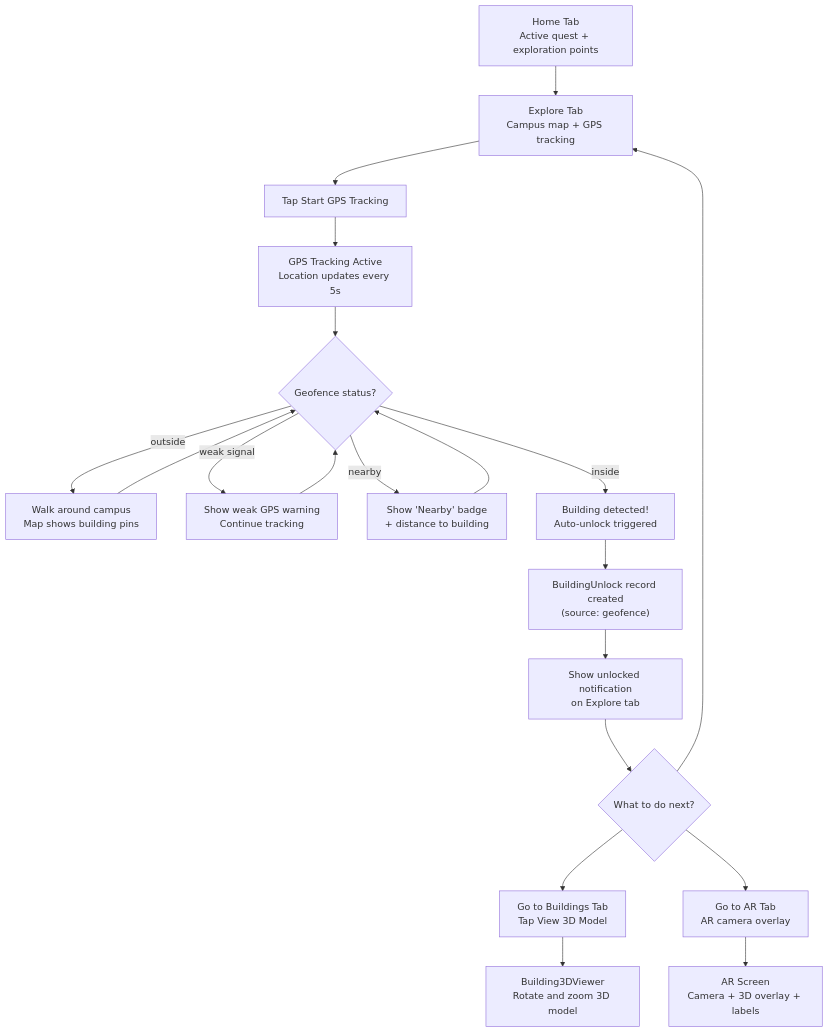
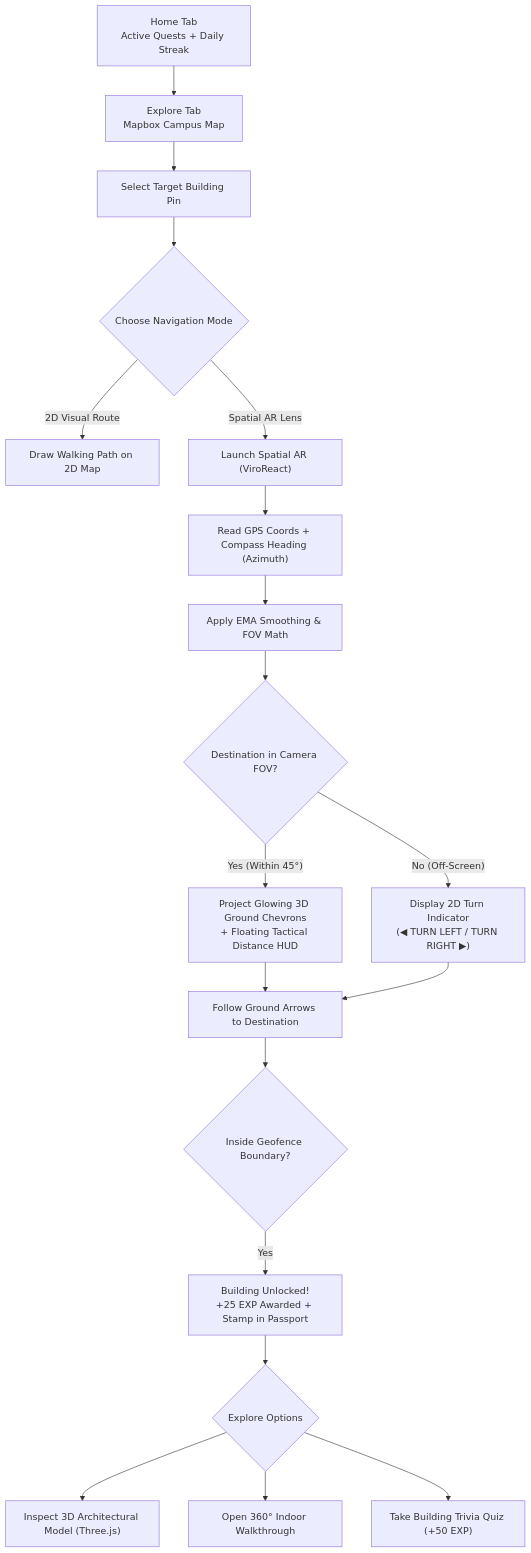
The second of 6 diagrams in user-flow.md (Cipher-Syntax/ARQuest), drawn with Mermaid before and after one commit. The commit also changed other lines of this file and 10 other files, not shown here.

Commit message:
feat(web): redesign Admin Dashboard with real-time KPIs, foot traffic charts, and content coverage; synchronize all 9 system architecture docs

````diff
--- a/user-flow.md
+++ b/user-flow.md
@@ -49,33 +48,29 @@
 ```mermaid
 flowchart TD
-    HOME["Home Tab\nActive quest + exploration points"]
+    HOME["Home Tab\nActive Quests + Daily Streak"]
 
-    HOME --> EXPLORE["Explore Tab\nCampus map + GPS tracking"]
+    HOME --> EXPLORE["Explore Tab\nMapbox Campus Map"]
+    EXPLORE --> SELECT["Select Target Building Pin"]
+    SELECT --> NAV_CHOICE{"Choose Navigation Mode"}
 
-    EXPLORE --> GPS_START["Tap Start GPS Tracking"]
-    GPS_START --> TRACKING["GPS Tracking Active\nLocation updates every 5s"]
+    NAV_CHOICE -->|"2D Visual Route"| MAP_ROUTE["Draw Walking Path on 2D Map"]
+    NAV_CHOICE -->|"Spatial AR Lens"| AR_SCREEN["Launch Spatial AR (ViroReact)"]
 
-    TRACKING --> GEO_CHECK{"Geofence status?"}
+    AR_SCREEN --> SENSORS["Read GPS Coords + Compass Heading (Azimuth)"]
+    SENSORS --> SMOOTHING["Apply EMA Smoothing & FOV Math"]
 
-    GEO_CHECK -->|"outside"| WALK["Walk around campus\nMap shows building pins"]
-    WALK --> GEO_CHECK
+    SMOOTHING --> FOV_CHECK{"Destination in Camera FOV?"}
+    FOV_CHECK -->|"Yes (Within 45°)"| CHEVRONS["Project Glowing 3D Ground Chevrons\n+ Floating Tactical Distance HUD"]
+    FOV_CHECK -->|"No (Off-Screen)"| HUD_ARROW["Display 2D Turn Indicator\n(◀ TURN LEFT / TURN RIGHT ▶)"]
 
-    GEO_CHECK -->|"weak signal"| WEAK["Show weak GPS warning\nContinue tracking"]
-    WEAK --> GEO_CHECK
+    CHEVRONS --> WALK["Follow Ground Arrows to Destination"]
+    HUD_ARROW --> WALK
 
-    GEO_CHECK -->|"nearby"| NEARBY["Show 'Nearby' badge\n+ distance to building"]
-    NEARBY --> GEO_CHECK
+    WALK --> GEOFENCE{"Inside Geofence Boundary?"}
+    GEOFENCE -->|"Yes"| UNLOCK["Building Unlocked!\n+25 EXP Awarded + Stamp in Passport"]
+    UNLOCK --> OPTIONS{"Explore Options"}
 
-    GEO_CHECK -->|"inside"| INSIDE["Building detected!\nAuto-unlock triggered"]
-    INSIDE --> UNLOCK["BuildingUnlock record created\n(source: geofence)"]
-    UNLOCK --> NOTIF["Show unlocked notification\non Explore tab"]
-
-    NOTIF --> NEXT{"What to do next?"}
-
-    NEXT --> VIEW_3D["Go to Buildings Tab\nTap View 3D Model"]
-    NEXT --> VIEW_AR["Go to AR Tab\nAR camera overlay"]
-    NEXT --> EXPLORE
-
-    VIEW_3D --> VIEWER_3D["Building3DViewer\nRotate and zoom 3D model"]
-    VIEW_AR --> AR_SCREEN["AR Screen\nCamera + 3D overlay + labels"]
+    OPTIONS --> VIEW_3D["Inspect 3D Architectural Model (Three.js)"]
+    OPTIONS --> VIEW_PANO["Open 360° Indoor Walkthrough"]
+    OPTIONS --> QUIZ["Take Building Trivia Quiz (+50 EXP)"]
 ```
````
